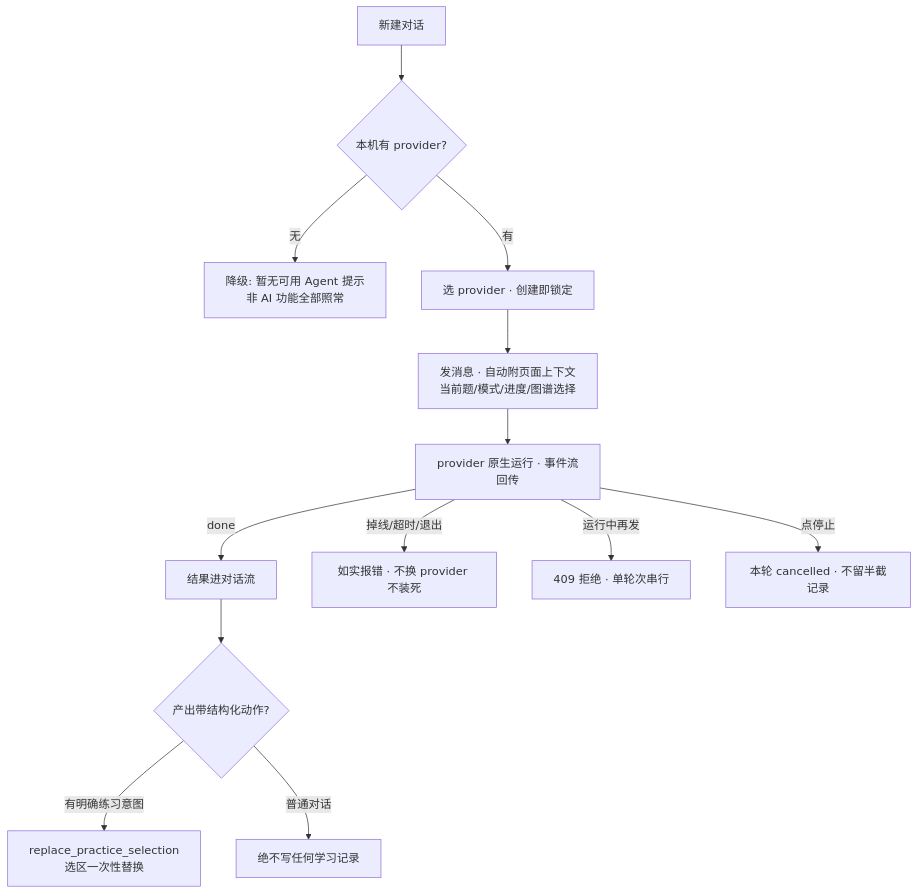
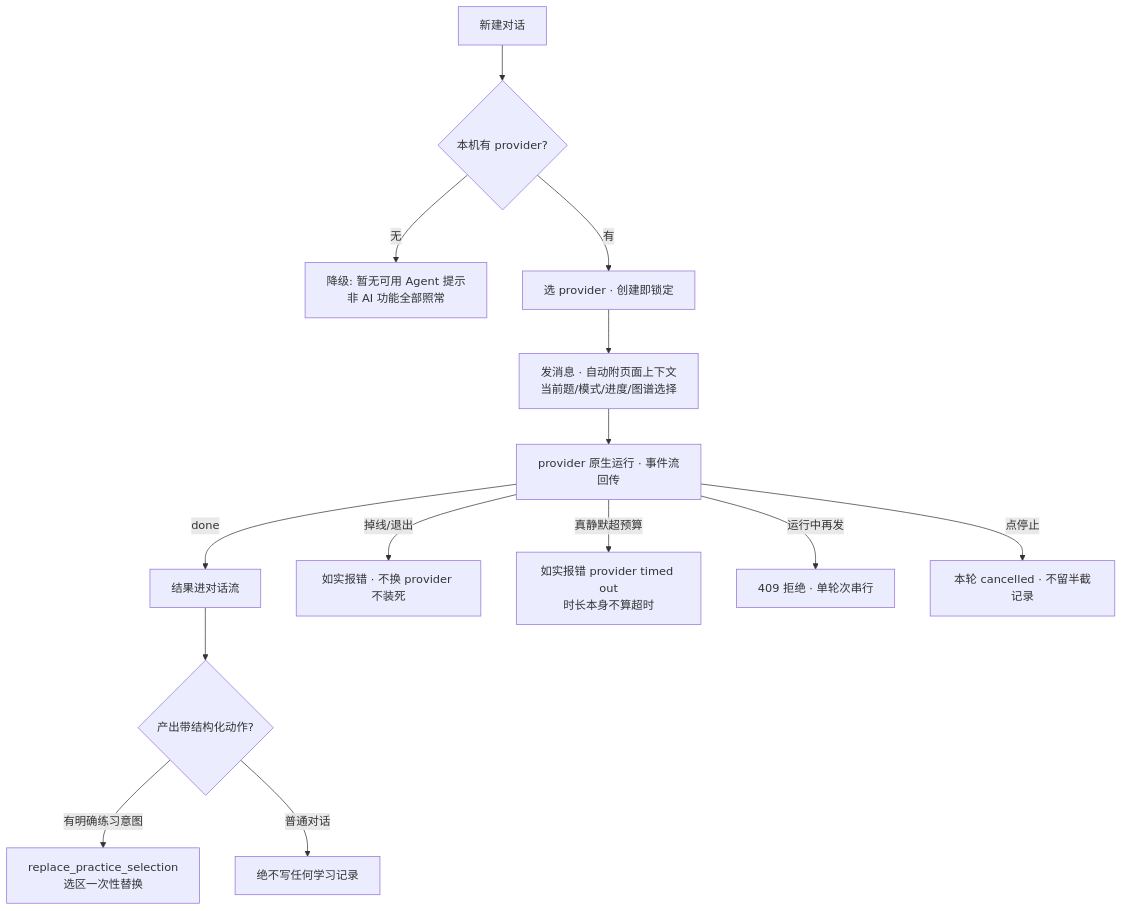
The fourth of 6 diagrams in docs/action-graph/L4-workflows.md (Amazinnn/Lesson-Kit), drawn with Mermaid before and after one commit. The commit also changed other lines of this file and 101 other files, not shown here.

````diff
--- a/docs/action-graph/L4-workflows.md
+++ b/docs/action-graph/L4-workflows.md
@@ -81,15 +96,16 @@
 ```mermaid
 flowchart TD
   A[新建对话] --> B{本机有 provider?}
   B -- 无 --> Z1[降级: 暂无可用 Agent 提示<br/>非 AI 功能全部照常]
   B -- 有 --> C[选 provider · 创建即锁定]
   C --> D[发消息 · 自动附页面上下文<br/>当前题/模式/进度/图谱选择]
   D --> E[provider 原生运行 · 事件流回传]
   E -- done --> F[结果进对话流]
-  E -- 掉线/超时/退出 --> F1[如实报错 · 不换 provider 不装死]
+  E -- 掉线/退出 --> F1[如实报错 · 不换 provider 不装死]
+  E -- 真静默超预算 --> F4[如实报错 provider timed out<br/>时长本身不算超时]
   E -- 运行中再发 --> F2[409 拒绝 · 单轮次串行]
   E -- 点停止 --> F3[本轮 cancelled · 不留半截记录]
   F --> G{产出带结构化动作?}
   G -- 有明确练习意图 --> H[replace_practice_selection<br/>选区一次性替换]
   G -- 普通对话 --> I[绝不写任何学习记录]
 ```
````
